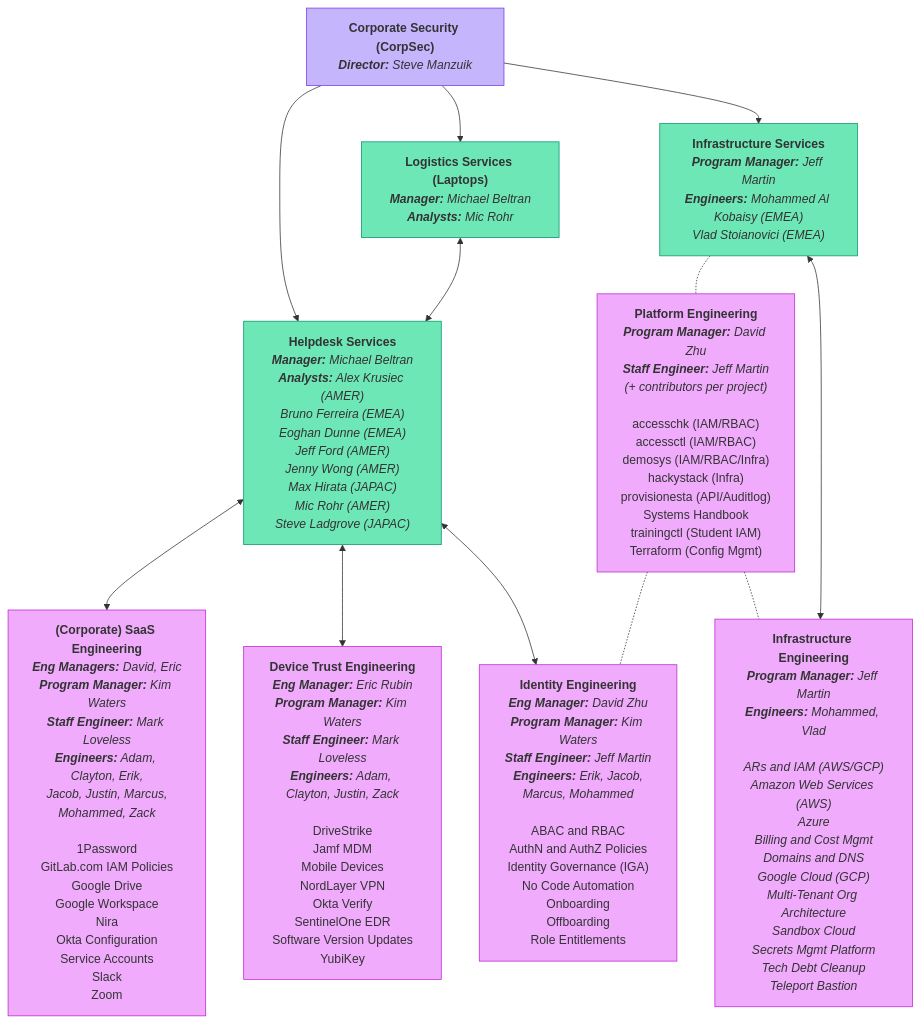
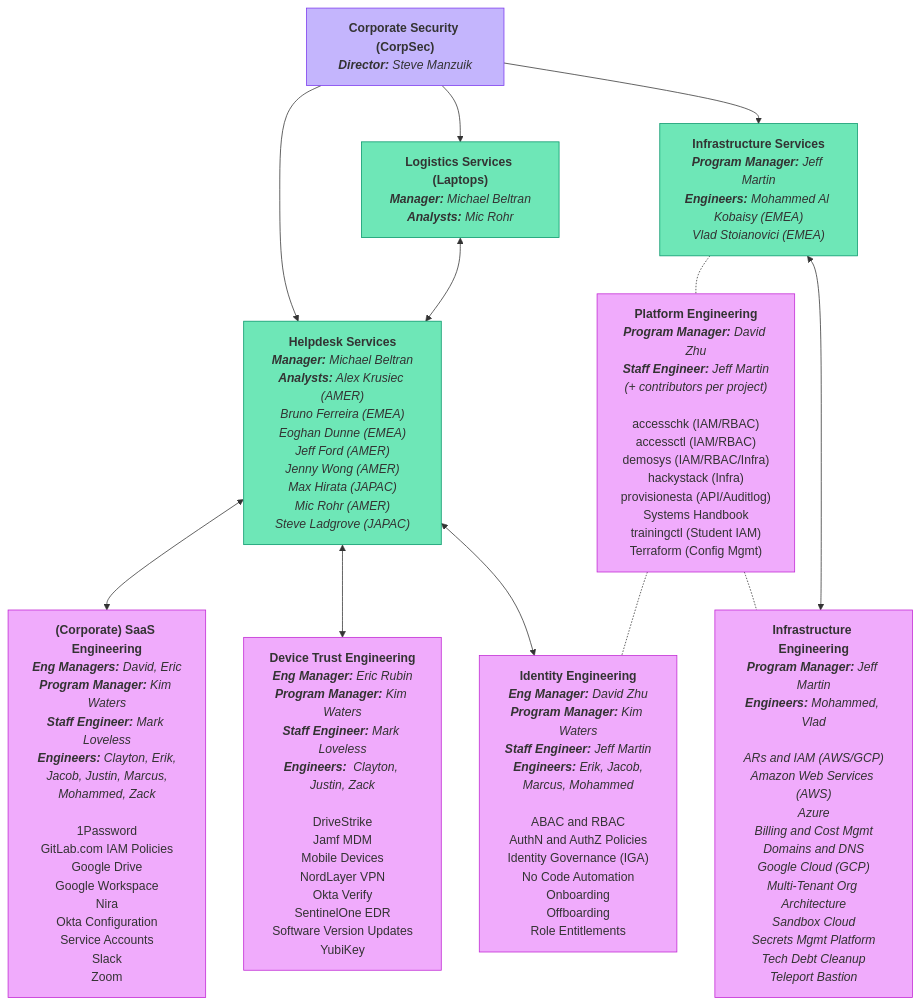
Before and after one commit to zalyoung/gitlab-handbook: the first of 2 diagrams in content/handbook/security/corporate/team/_index.md, drawn with Mermaid. The commit also changed other lines of this file and 4 other files, not shown here.

````diff
--- a/content/handbook/security/corporate/team/_index.md
+++ b/content/handbook/security/corporate/team/_index.md
@@ -485,44 +466,44 @@
 ```mermaid
 graph TB
 
 CORPSEC_SVC["<b>Corporate Security (CorpSec)</b><br><i><b>Director:</b> Steve Manzuik</i>"]:::violet
 
 CORPSEC_SVC_HELPDESK["<b>Helpdesk Services</b><br><i><b>Manager:</b> Michael Beltran</i><br><i><b>Analysts:</b> Alex Krusiec (AMER)<br>Bruno Ferreira (EMEA)<br>Eoghan Dunne (EMEA)<br>Jeff Ford (AMER)<br>Jenny Wong (AMER)<br>Max Hirata (JAPAC)<br>Mic Rohr (AMER)<br>Steve Ladgrove (JAPAC)"]:::emerald
 CORPSEC_SVC_LOGISTICS["<b>Logistics Services (Laptops)</b><br><i><b>Manager:</b> Michael Beltran</i><br><i><b>Analysts:</b> Mic Rohr</i>"]:::emerald
 CORPSEC_SVC_INFRA["<b>Infrastructure Services</b><br><i><b>Program Manager:</b> Jeff Martin</i><br><i><b>Engineers:</b> Mohammed Al Kobaisy (EMEA)<br>Vlad Stoianovici (EMEA)"]:::emerald
 
-CORPSEC_ENG_SAAS["<b>(Corporate) SaaS Engineering</b><br><i><b>Eng Managers:</b> David, Eric</i><br><i><b>Program Manager:</b> Kim Waters</i><br><i><b>Staff Engineer:</b> Mark Loveless</i><br><i><b>Engineers:</b> Adam, Clayton, Erik,<br> Jacob, Justin, Marcus, Mohammed, Zack</i><br><br>1Password<br>GitLab.com IAM Policies<br>Google Drive<br>Google Workspace<br>Nira<br>Okta Configuration<br>Service Accounts<br>Slack<br>Zoom"]:::fuchsia
-CORPSEC_ENG_DEVICE["<b>Device Trust Engineering</b><br><i><b>Eng Manager:</b> Eric Rubin</i><br><i><b>Program Manager:</b> Kim Waters</i><br><i><b>Staff Engineer:</b> Mark Loveless</i><br><i><b>Engineers:</b> Adam, Clayton, Justin, Zack</i><br><br>DriveStrike<br>Jamf MDM<br>Mobile Devices<br>NordLayer VPN<br>Okta Verify<br>SentinelOne EDR<br>Software Version Updates<br>YubiKey"]:::fuchsia
+CORPSEC_ENG_SAAS["<b>(Corporate) SaaS Engineering</b><br><i><b>Eng Managers:</b> David, Eric</i><br><i><b>Program Manager:</b> Kim Waters</i><br><i><b>Staff Engineer:</b> Mark Loveless</i><br><i><b>Engineers:</b> Clayton, Erik,<br> Jacob, Justin, Marcus, Mohammed, Zack</i><br><br>1Password<br>GitLab.com IAM Policies<br>Google Drive<br>Google Workspace<br>Nira<br>Okta Configuration<br>Service Accounts<br>Slack<br>Zoom"]:::fuchsia
+CORPSEC_ENG_DEVICE["<b>Device Trust Engineering</b><br><i><b>Eng Manager:</b> Eric Rubin</i><br><i><b>Program Manager:</b> Kim Waters</i><br><i><b>Staff Engineer:</b> Mark Loveless</i><br><i><b>Engineers:</b>  Clayton, Justin, Zack</i><br><br>DriveStrike<br>Jamf MDM<br>Mobile Devices<br>NordLayer VPN<br>Okta Verify<br>SentinelOne EDR<br>Software Version Updates<br>YubiKey"]:::fuchsia
 CORPSEC_ENG_IDENTITY["<b>Identity Engineering</b><br><i><b>Eng Manager:</b> David Zhu</i><br><i><b>Program Manager:</b> Kim Waters</i><br><i><b>Staff Engineer:</b> Jeff Martin</i><br><i><b>Engineers:</b> Erik, Jacob,<br>Marcus, Mohammed</i><br><br>ABAC and RBAC<br>AuthN and AuthZ Policies<br>Identity Governance (IGA)<br>No Code Automation<br>Onboarding<br>Offboarding<br>Role Entitlements"]:::fuchsia
 CORPSEC_ENG_INFRA["<b>Infrastructure Engineering</b><br><i><b>Program Manager:</b> Jeff Martin</i><br><i><b>Engineers:</b> Mohammed, Vlad<br><br>ARs and IAM (AWS/GCP)<br>Amazon Web Services (AWS)<br>Azure<br>Billing and Cost Mgmt<br>Domains and DNS<br>Google Cloud (GCP)<br>Multi-Tenant Org Architecture<br>Sandbox Cloud<br>Secrets Mgmt Platform<br>Tech Debt Cleanup<br>Teleport Bastion"]:::fuchsia
 CORPSEC_ENG_PLATFORM["<b>Platform Engineering</b><br><i><b>Program Manager:</b> David Zhu</i><br><i><b>Staff Engineer:</b> Jeff Martin</i><br><i>(+ contributors per project)</i><br><br>accesschk (IAM/RBAC)<br>accessctl (IAM/RBAC)<br>demosys (IAM/RBAC/Infra)<br>hackystack (Infra)<br>provisionesta (API/Auditlog)<br>Systems Handbook<br>trainingctl (Student IAM)<br>Terraform (Config Mgmt)"]:::fuchsia
 
 CORPSEC_SVC --> CORPSEC_SVC_HELPDESK
 CORPSEC_SVC --> CORPSEC_SVC_LOGISTICS
 CORPSEC_SVC --> CORPSEC_SVC_INFRA
 CORPSEC_SVC_HELPDESK <--> CORPSEC_ENG_SAAS
 CORPSEC_SVC_HELPDESK <--> CORPSEC_ENG_DEVICE
 CORPSEC_SVC_HELPDESK <--> CORPSEC_ENG_IDENTITY
 CORPSEC_SVC_LOGISTICS <--> CORPSEC_SVC_HELPDESK
 %% CORPSEC_ENG -.- CORPSEC_ENG_SAAS
 %% CORPSEC_ENG -.- CORPSEC_ENG_DEVICE
 %% CORPSEC_ENG -.- CORPSEC_ENG_IDENTITY
 %% CORPSEC_ENG -.- CORPSEC_ENG_INFRA
 %% CORPSEC_ENG -.- CORPSEC_ENG_PLATFORM
 CORPSEC_SVC_INFRA -.- CORPSEC_ENG_PLATFORM
 CORPSEC_ENG_PLATFORM -.- CORPSEC_ENG_IDENTITY
 CORPSEC_ENG_PLATFORM -.- CORPSEC_ENG_INFRA
 CORPSEC_SVC_INFRA <--> CORPSEC_ENG_INFRA
 %% CORPSEC_ENG_IDENTITY -.- CORPSEC_ENG_PLATFORM
 %% CORPSEC_ENG_INFRA -.- CORPSEC_ENG_PLATFORM
 
 classDef slate fill:#cbd5e1,stroke:#475569,stroke-width:1px;
 classDef red fill:#fca5a5,stroke:#dc2626,stroke-width:1px;
 classDef orange fill:#fdba74,stroke:#ea580c,stroke-width:1px;
 classDef yellow fill:#fcd34d,stroke:#ca8a04,stroke-width:1px;
 classDef emerald fill:#6ee7b7,stroke:#059669,stroke-width:1px;
 classDef cyan fill:#67e8f9,stroke:#0891b2,stroke-width:1px;
 classDef sky fill:#7dd3fc,stroke:#0284c7,stroke-width:1px;
 classDef violet fill:#c4b5fd,stroke:#7c3aed,stroke-width:1px;
 classDef fuchsia fill:#f0abfc,stroke:#c026d3,stroke-width:1px;
 ```
````
